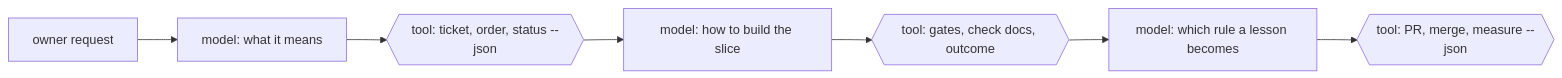
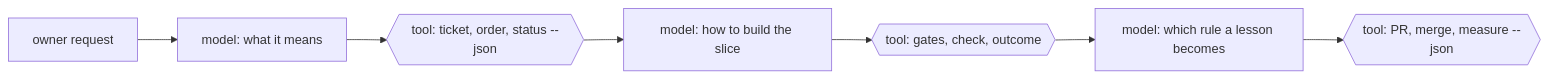
The diagram in README.md (diegoaltoworks/forger), drawn with Mermaid before and after one commit. The commit also changed 18 other files, not shown here.

````diff
--- a/README.md
+++ b/README.md
@@ -13,9 +13,9 @@
 ```mermaid
 flowchart LR
     A[owner request] --> B[model: what it means]
     B --> C{{tool: ticket, order, status --json}}
     C --> D[model: how to build the slice]
-    D --> E{{tool: gates, check docs, outcome}}
+    D --> E{{tool: gates, check, outcome}}
     E --> F[model: which rule a lesson becomes]
     F --> G{{tool: PR, merge, measure --json}}
 ```
````
